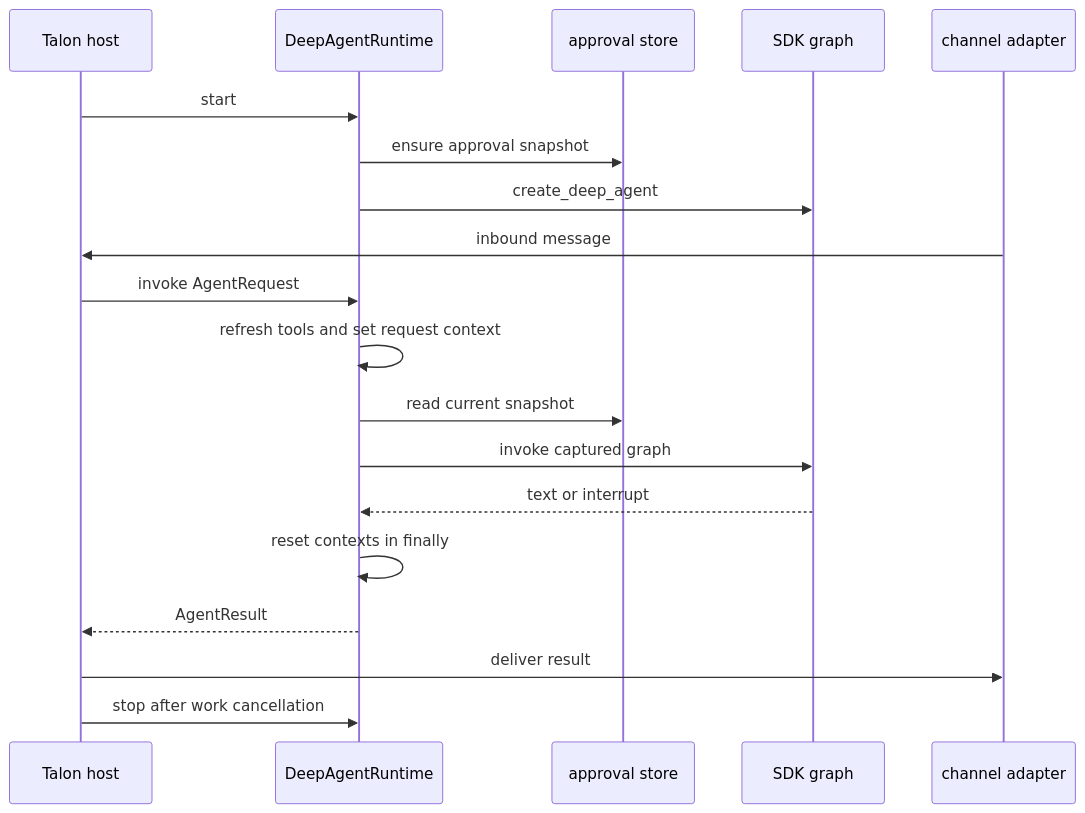
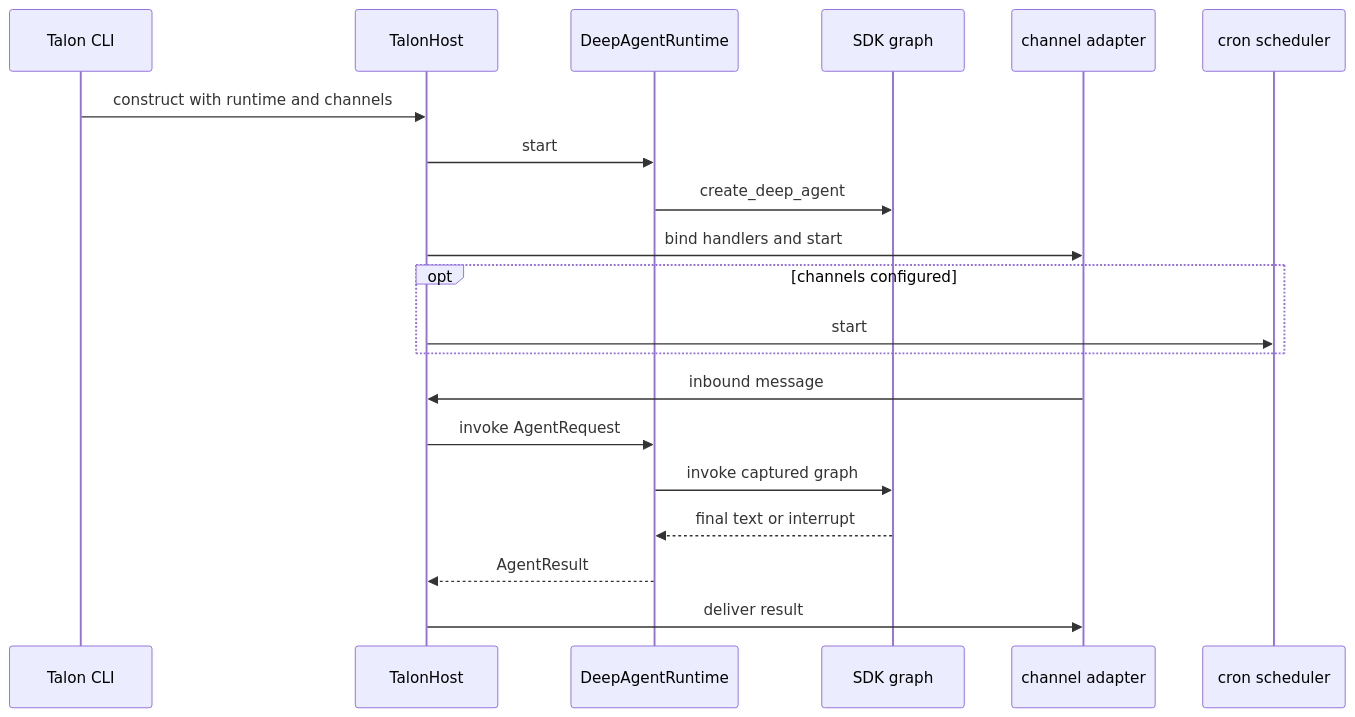
One commit to langchain-ai/deepagents changed the second of 2 diagrams in openwiki/architecture/overview.md. Above: the diagram before and after it, drawn with Mermaid. The commit also changed other lines of this file and 28 other files, not shown here.

````diff
--- a/openwiki/architecture/overview.md
+++ b/openwiki/architecture/overview.md
@@ -154,21 +112,22 @@
 ```mermaid
 sequenceDiagram
-  participant Host as Talon host
+  participant CLI as Talon CLI
+  participant Host as TalonHost
   participant Runtime as DeepAgentRuntime
-  participant Policy as approval store
   participant Graph as SDK graph
   participant Channel as channel adapter
+  participant Scheduler as cron scheduler
+  CLI->>Host: construct with runtime and channels
   Host->>Runtime: start
-  Runtime->>Policy: ensure approval snapshot
   Runtime->>Graph: create_deep_agent
+  Host->>Channel: bind handlers and start
+  opt channels configured
+    Host->>Scheduler: start
+  end
   Channel->>Host: inbound message
   Host->>Runtime: invoke AgentRequest
-  Runtime->>Runtime: refresh tools and set request context
-  Runtime->>Policy: read current snapshot
   Runtime->>Graph: invoke captured graph
-  Graph-->>Runtime: text or interrupt
-  Runtime->>Runtime: reset contexts in finally
+  Graph-->>Runtime: final text or interrupt
   Runtime-->>Host: AgentResult
   Host->>Channel: deliver result
-  Host->>Runtime: stop after work cancellation
 ```
````
